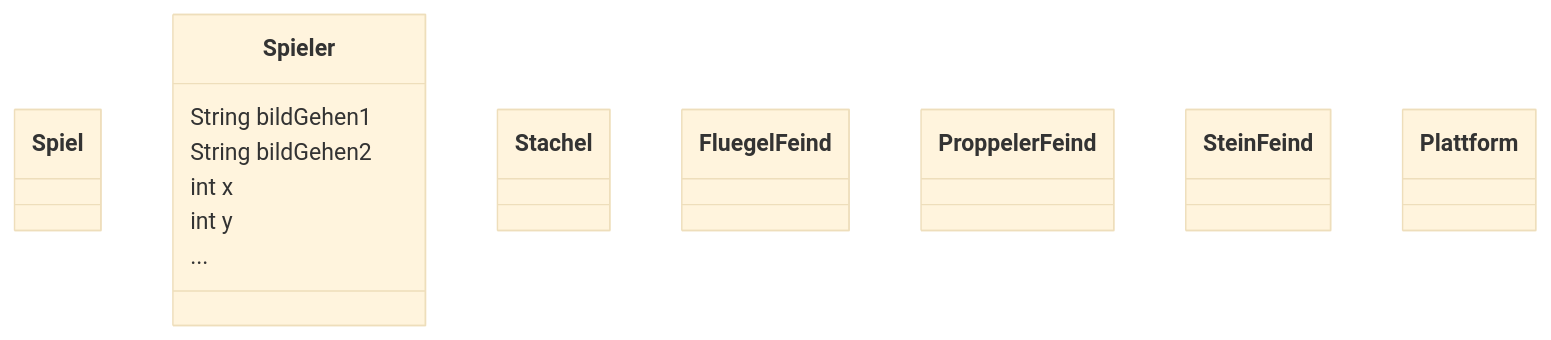
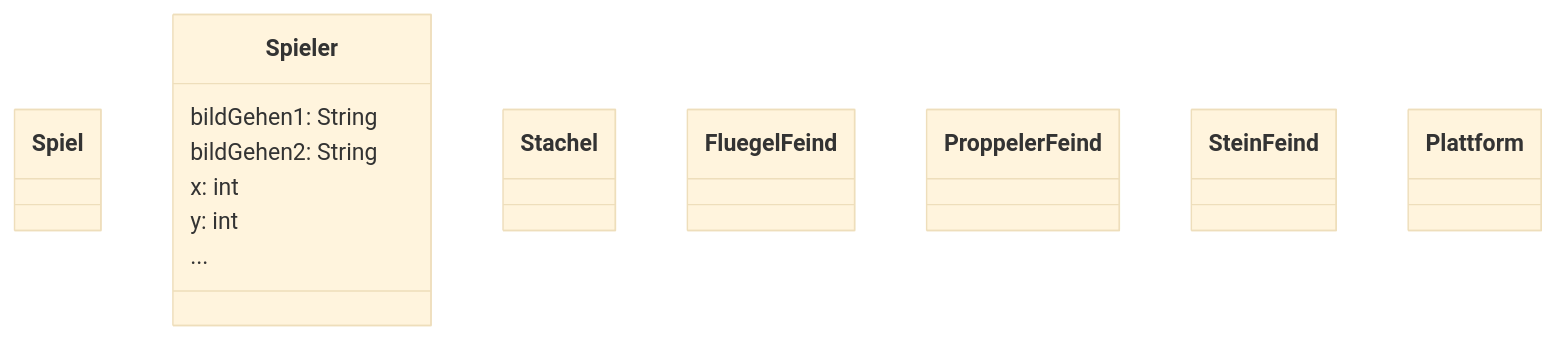
The diagram in book/projekte/bunny-hop/erste-modellierung/erste-modellierung-von-klassen.md (openpatch/hyperbook-informatik), drawn with Mermaid (base theme) before and after one commit. The commit also changed 19 other files, not shown here.

Commit message:
richtige implementationsdiagramme

````diff
--- a/book/projekte/bunny-hop/erste-modellierung/erste-modellierung-von-klassen.md
+++ b/book/projekte/bunny-hop/erste-modellierung/erste-modellierung-von-klassen.md
@@ -13,30 +13,30 @@
 ```mermaid
 classDiagram
 
     class Spiel {
 
     }
 
     class Spieler{
-      String bildGehen1
-      String bildGehen2
-      int x
-      int y
+      bildGehen1: String
+      bildGehen2: String
+      x: int
+      y: int
       ...
     }
     class Stachel{
 
     }
     class FluegelFeind {
 
     }
     class ProppelerFeind {
 
     }
     class SteinFeind {
 
     }
     class Plattform{
 
     }
 ```
````
